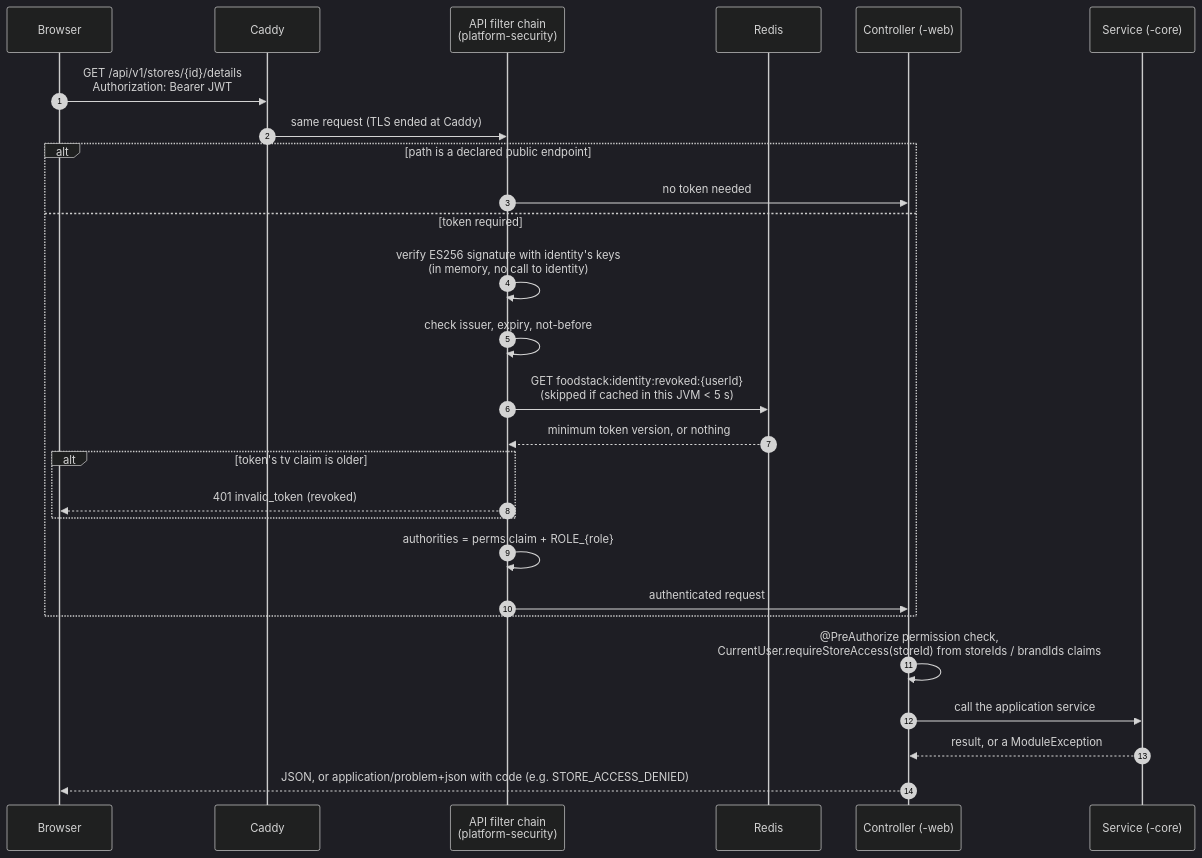
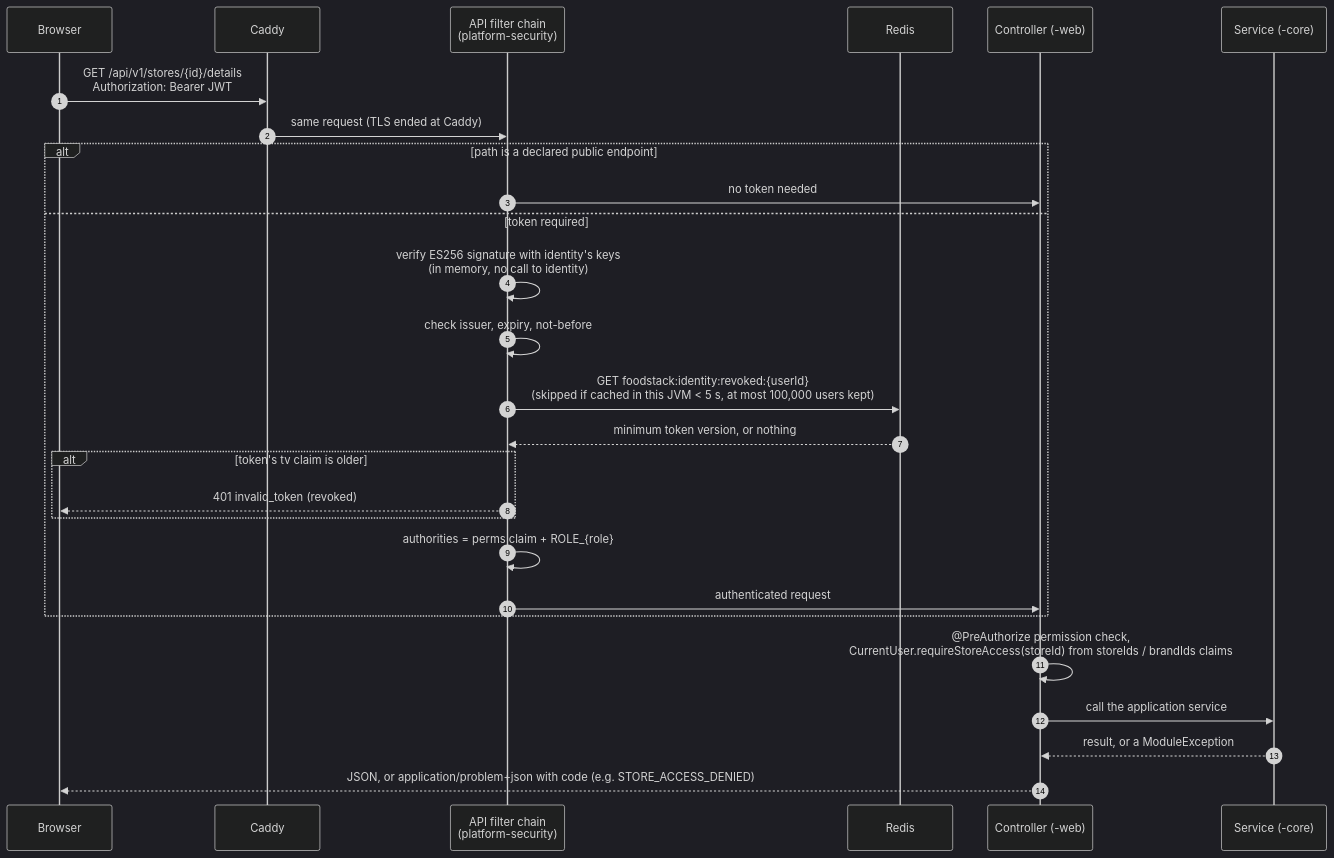
One commit to ilyaslabs/foodstack changed the first of 4 diagrams in docs/architecture/02-platform-mechanics.md. Above: the diagram before and after it, drawn with Mermaid (dark theme). The commit also changed other lines of this file and 11 other files, not shown here.

First line of the commit message:
Docs for the scale-out work: BRD, PRD, TDD 7.3-7.5, 9.1 and 25, deployment guide, flows

````diff
--- a/docs/architecture/02-platform-mechanics.md
+++ b/docs/architecture/02-platform-mechanics.md
@@ -18,30 +17,30 @@
 ```mermaid
 sequenceDiagram
     autonumber
     participant Br as Browser
     participant Cd as Caddy
     participant F as API filter chain<br/>(platform-security)
     participant Rd as Redis
     participant C as Controller (-web)
     participant Co as Service (-core)
 
     Br->>Cd: GET /api/v1/stores/{id}/details<br/>Authorization: Bearer JWT
     Cd->>F: same request (TLS ended at Caddy)
     alt path is a declared public endpoint
         F->>C: no token needed
     else token required
         F->>F: verify ES256 signature with identity's keys<br/>(in memory, no call to identity)
         F->>F: check issuer, expiry, not-before
-        F->>Rd: GET foodstack:identity:revoked:{userId}<br/>(skipped if cached in this JVM < 5 s)
+        F->>Rd: GET foodstack:identity:revoked:{userId}<br/>(skipped if cached in this JVM < 5 s, at most 100,000 users kept)
         Rd-->>F: minimum token version, or nothing
         alt token's tv claim is older
             F-->>Br: 401 invalid_token (revoked)
         end
         F->>F: authorities = perms claim + ROLE_{role}
         F->>C: authenticated request
     end
     C->>C: @PreAuthorize permission check,<br/>CurrentUser.requireStoreAccess(storeId) from storeIds / brandIds claims
     C->>Co: call the application service
     Co-->>C: result, or a ModuleException
     C-->>Br: JSON, or application/problem+json with code (e.g. STORE_ACCESS_DENIED)
 ```
````
